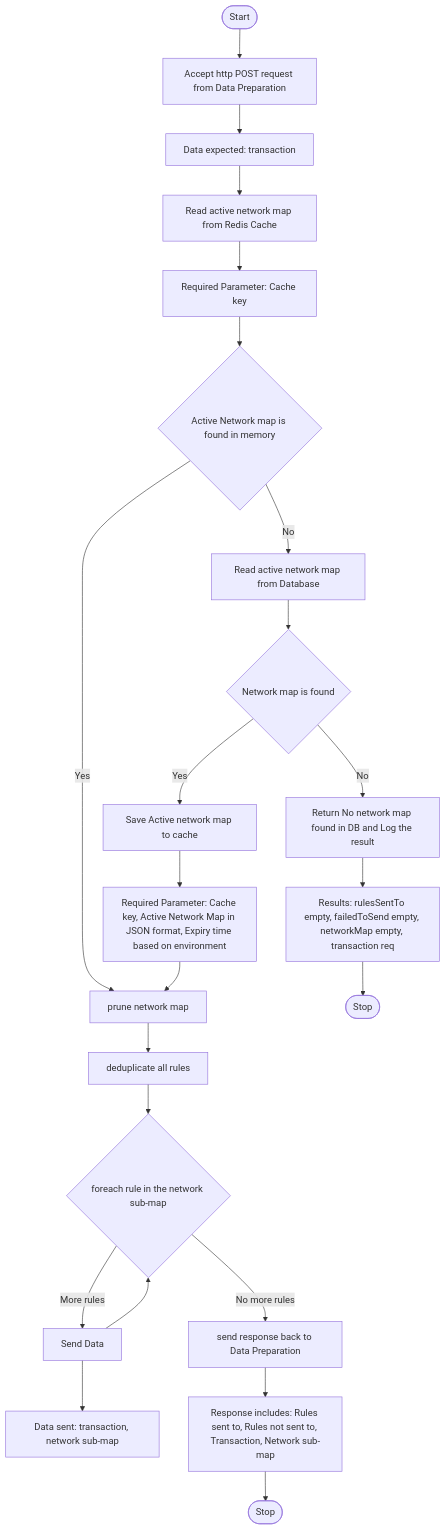
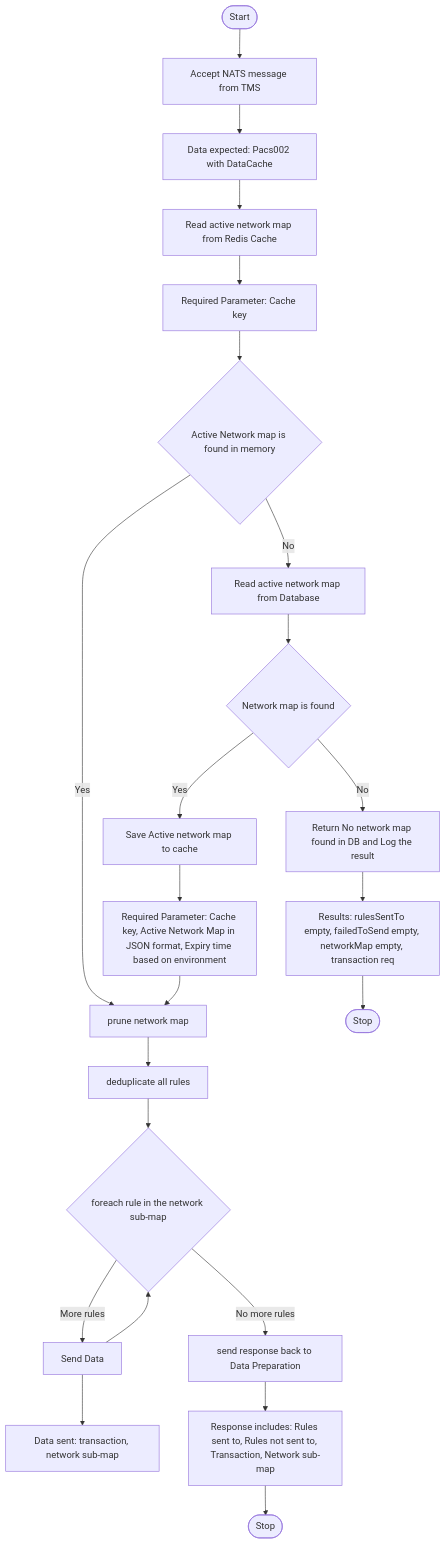
The diagram in Readme.md (tazama-lf/event-director), drawn with Mermaid before and after one commit. The commit also changed other lines of this file, not shown here.

````diff
--- a/Readme.md
+++ b/Readme.md
@@ -86,25 +142,25 @@
 ```mermaid
 flowchart TD
-    start([Start]) --> postRequest[Accept http POST request from Data Preparation]
-    postRequest --> note1["Data expected: transaction"]
+    start([Start]) --> postRequest[Accept NATS message from TMS]
+    postRequest --> note1["Data expected: Pacs002 with DataCache"]
     note1 --> readCache[Read active network map from Redis Cache]
     readCache --> note2["Required Parameter: Cache key"]
     note2 --> checkMemory{Active Network map is found in memory}
     checkMemory -->|Yes| pruneMap[prune network map]
     checkMemory -->|No| readDB[Read active network map from Database]
     readDB --> checkDB{Network map is found}
     checkDB -->|Yes| saveCache[Save Active network map to cache]
     saveCache --> note3["Required Parameter: Cache key, Active Network Map in JSON format, Expiry time based on environment"]
     note3 --> pruneMap
     checkDB -->|No| logResult[Return No network map found in DB and Log the result]
     logResult --> note4["Results: rulesSentTo empty, failedToSend empty, networkMap empty, transaction req"]
     note4 --> stop1([Stop])
     pruneMap --> deduplicate[deduplicate all rules]
     deduplicate --> ruleLoop{foreach rule in the network sub-map}
     ruleLoop -->|More rules| sendData[Send Data]
     sendData --> note5["Data sent: transaction, network sub-map"]
     sendData --> ruleLoop
     ruleLoop -->|No more rules| sendResponse[send response back to Data Preparation]
     sendResponse --> note6["Response includes: Rules sent to, Rules not sent to, Transaction, Network sub-map"]
     note6 --> stop2([Stop])
 ```
````
